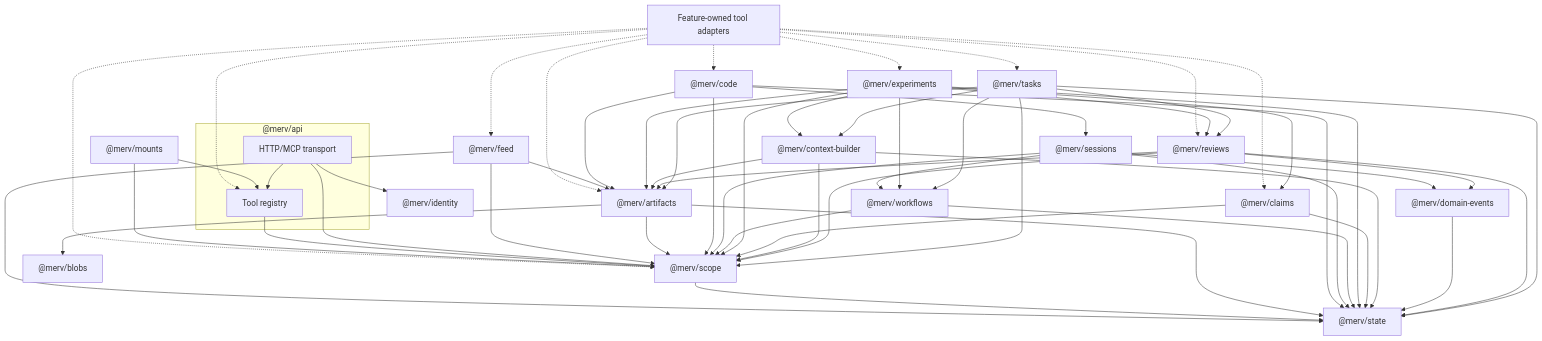
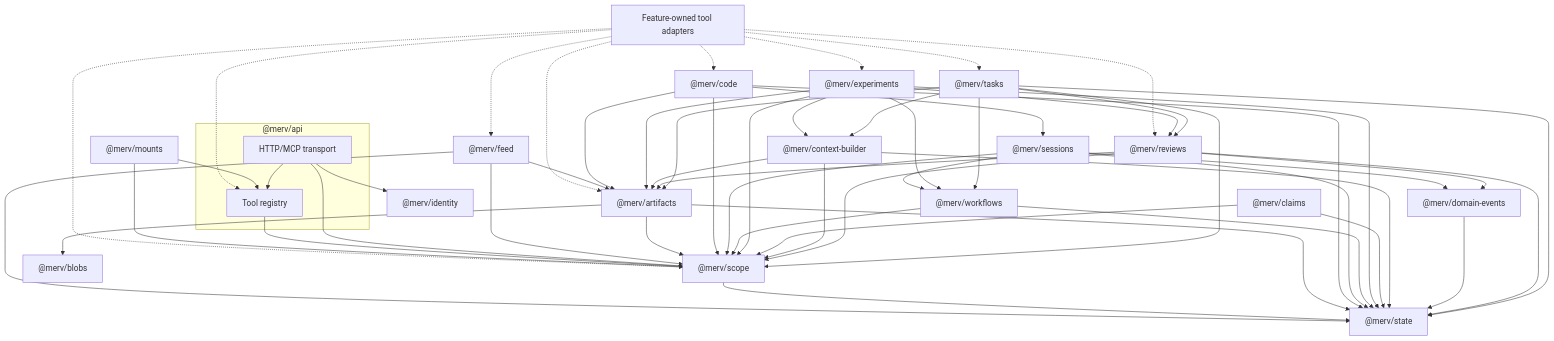
Before and after one commit to rapidreview-io/Merv: the second of 2 diagrams in merv-typescript/README.md, drawn with Mermaid. The commit also changed other lines of this file and 102 other files, not shown here.

````diff
--- a/merv-typescript/README.md
+++ b/merv-typescript/README.md
@@ -282,60 +282,58 @@
 ```mermaid
 flowchart TB
   Task["@merv/tasks"] --> State["@merv/state"]
   Task --> Scope["@merv/scope"]
   Task --> Workflows["@merv/workflows"]
   Task --> Artifacts["@merv/artifacts"]
   Task --> Reviews["@merv/reviews"]
   Reviews --> State
   Reviews --> Scope
   Reviews --> Artifacts
   Reviews --> DomainEvents["@merv/domain-events"]
   DomainEvents --> State
   Task --> ContextBuilder["@merv/context-builder"]
   ContextBuilder --> State
   ContextBuilder --> Scope
   ContextBuilder --> Artifacts
   Claims["@merv/claims"] --> State
   Claims --> Scope
   Experiments["@merv/experiments"] --> State
   Experiments --> Scope
-  Experiments --> Claims
   Experiments --> Artifacts
   Experiments --> Workflows
   Experiments --> Reviews
   Experiments --> ContextBuilder
   Workflows --> State
   Workflows --> Scope
   Sessions["@merv/sessions"] --> State
   Sessions --> Scope
   Sessions --> Workflows
   Sessions --> DomainEvents
   Code["@merv/code"] --> State
   Code --> Scope
   Code --> Sessions
   Code --> Artifacts
   Artifacts --> State
   Artifacts --> Scope
   Artifacts --> Blobs["@merv/blobs"]
   Scope --> State
   Feed["@merv/feed"] --> State
   Feed --> Scope
   Feed --> Artifacts
   subgraph API["@merv/api"]
     HTTP["HTTP/MCP transport"] --> Tools["Tool registry"]
   end
   HTTP --> Scope
   HTTP --> Identity["@merv/identity"]
   Tools --> Scope
   Mounts["@merv/mounts"] --> Scope
   Mounts --> Tools
   Adapters["Feature-owned tool adapters"] -.-> Tools
   Adapters -.-> Task
   Adapters -.-> Artifacts
   Adapters -.-> Reviews
   Adapters -.-> Scope
   Adapters -.-> Feed
   Adapters -.-> Code
-  Adapters -.-> Claims
   Adapters -.-> Experiments
 ```
````
